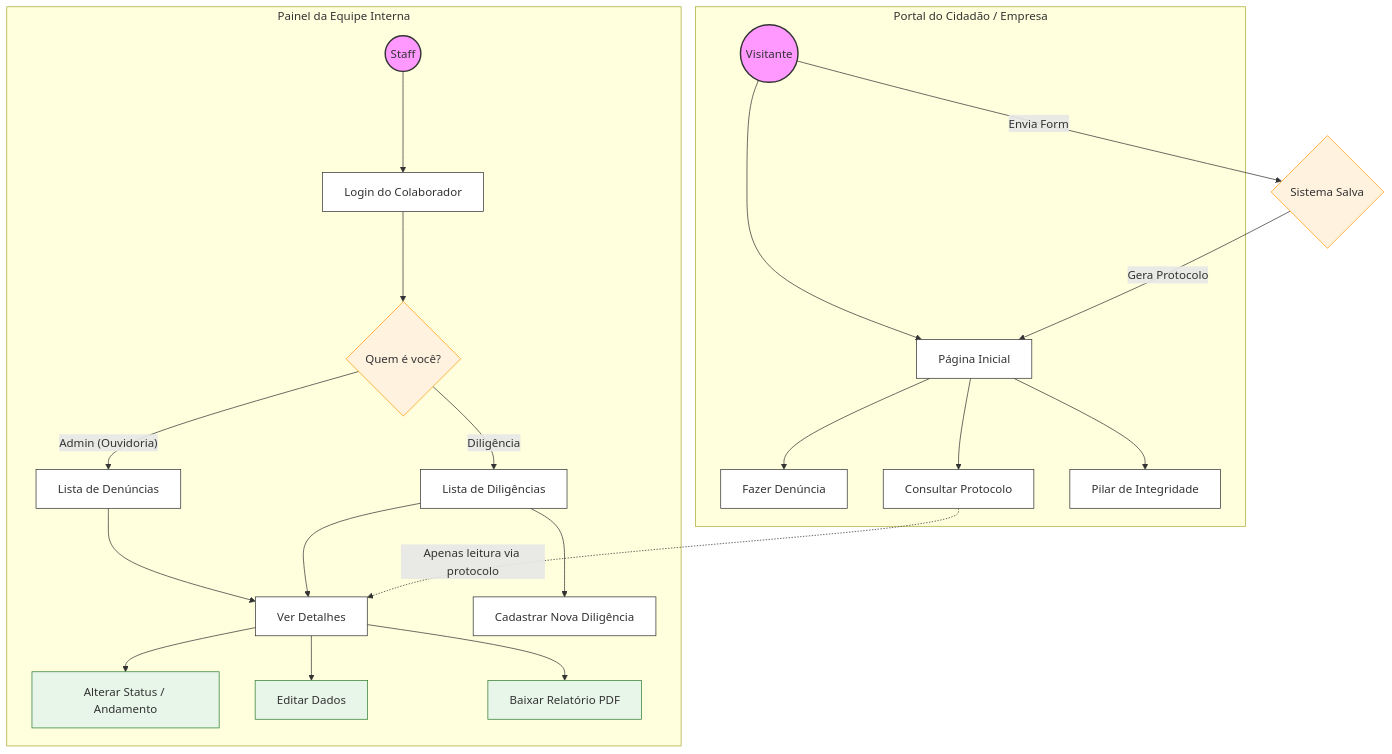
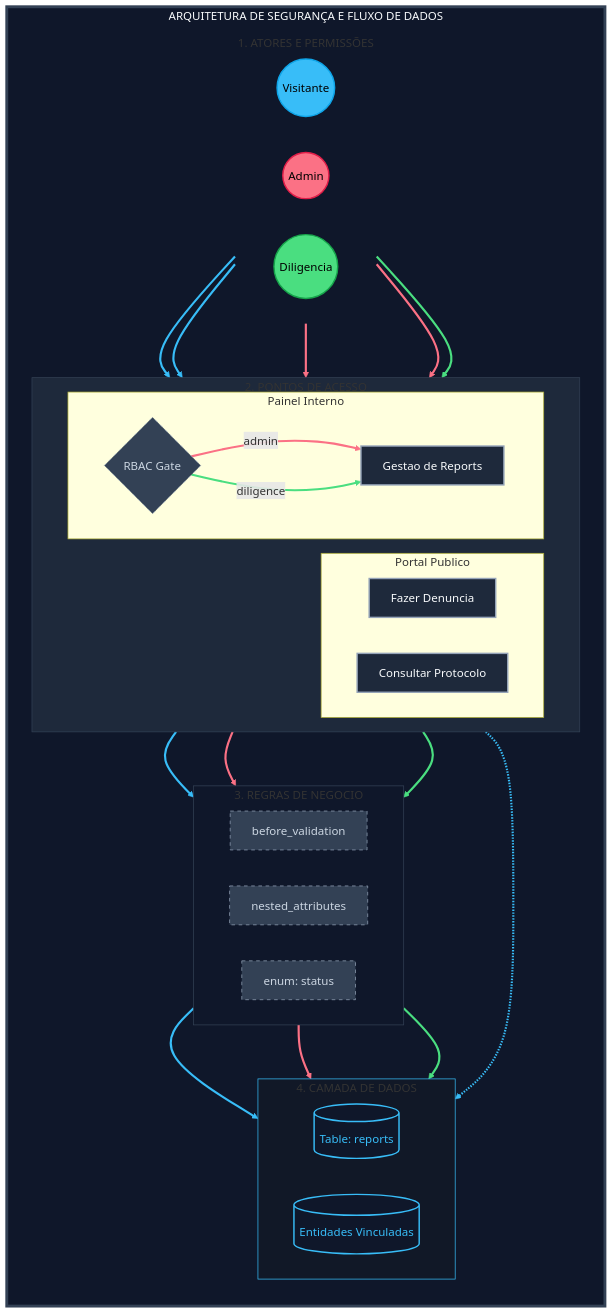
One commit to AugustoNP/whistleblowing_system changed the diagram in README.md. Above: the diagram before and after it, drawn with Mermaid.

Commit message:
docs: update logic flow diagrams

````diff
--- a/README.md
+++ b/README.md
@@ -68,43 +68,80 @@
 ```mermaid
 graph TD
-    %% Estilização para clareza
-    classDef actor fill:#f9f,stroke:#333,stroke-width:2px;
-    classDef page fill:#fff,stroke:#333,stroke-width:1px;
-    classDef logic fill:#fff3e0,stroke:#ff9800;
-    classDef action fill:#e8f5e9,stroke:#2e7d32;
+    %% Dark Mode High-Contrast Theme
+    classDef visitor fill:#38bdf8,stroke:#0ea5e9,color:#000,stroke-width:2px;
+    classDef admin fill:#fb7185,stroke:#e11d48,color:#000,stroke-width:2px;
+    classDef dilig fill:#4ade80,stroke:#16a34a,color:#000,stroke-width:2px;
+    classDef page fill:#1e293b,stroke:#94a3b8,stroke-width:2px,color:#f8fafc;
+    classDef logic fill:#334155,stroke:#94a3b8,stroke-dasharray: 5 5,color:#cbd5e1;
+    classDef db fill:#0f172a,stroke:#38bdf8,color:#38bdf8,stroke-width:2px;
 
-    %% Acesso Externo
-    subgraph Portal_Publico [Portal do Cidadão / Empresa]
-        User((Visitante)):::actor --> Root[Página Inicial]:::page
-        Root --> Whistle[Fazer Denúncia]:::page
-        Root --> Lookup[Consultar Protocolo]:::page
-        Root --> Integrity[Pilar de Integridade]:::page
+    subgraph Card [ARQUITETURA DE SEGURANÇA E FLUXO DE DADOS]
+        direction TB
+
+        subgraph Usuarios [1. ATORES E PERMISSÕES]
+            direction LR
+            V((Visitante)):::visitor
+            A((Admin)):::admin
+            D((Diligencia)):::dilig
+        end
+
+        subgraph Interfaces [2. PONTOS DE ACESSO]
+            direction LR
+            subgraph Portal [Portal Publico]
+                NewRelato[Fazer Denuncia]:::page
+                TrackRelato[Consultar Protocolo]:::page
+            end
+            subgraph Painel [Painel Interno]
+                Auth{RBAC Gate}:::logic
+                Dashboard[Gestao de Reports]:::page
+            end
+        end
+
+        subgraph Logica [3. REGRAS DE NEGOCIO]
+            direction LR
+            GenProto[before_validation]:::logic
+            NestedAttr[nested_attributes]:::logic
+            StatusEnum[enum: status]:::logic
+        end
+
+        subgraph Dados [4. CAMADA DE DADOS]
+            direction LR
+            TableReports[(Table: reports)]:::db
+            TableNested[(Entidades Vinculadas)]:::db
+        end
+
+        %% VISITOR (Blue)
+        V --> NewRelato
+        V --> TrackRelato
+        NewRelato --> GenProto
+        GenProto --> TableReports
+        TrackRelato -.-> TableReports
+
+        %% ADMIN (Pink)
+        A --> Auth
+        Auth -- "admin" --> Dashboard
+        Dashboard --> StatusEnum
+        StatusEnum --> TableReports
+        A --> NewRelato
+
+        %% DILIGENCE (Green)
+        D --> Auth
+        Auth -- "diligence" --> Dashboard
+        Dashboard --> NestedAttr
+        NestedAttr --> TableNested
     end
 
-    %% Camada de Proteção
-    User -- Envia Form --> SavePublic{Sistema Salva}:::logic
-    SavePublic -->|Gera Protocolo| Root
+    style Card fill:#0f172a,stroke:#334155,stroke-width:4px,color:#f8fafc
+    style Usuarios fill:none,stroke:none
+    style Interfaces fill:#1e293b,stroke:#334155
+    style Logica fill:#0f172a,stroke:#334155
+    style Dados fill:#111827,stroke:#38bdf8
 
-    %% Área Administrativa
-    subgraph Area_Restrita [Painel da Equipe Interna]
-        Staff((Staff)):::actor --> Login[Login do Colaborador]:::page
-        Login --> Auth{Quem é você?}:::logic
-
-        %% Caminhos de Visualização
-        Auth -- "Admin (Ouvidoria)" --> AdminIndex[Lista de Denúncias]:::page
-        Auth -- "Diligência" --> DilIndex[Lista de Diligências]:::page
-
-        %% Ações Comuns
-        AdminIndex --> Show[Ver Detalhes]:::page
-        DilIndex --> Show
-        DilIndex --> DilForm[Cadastrar Nova Diligência]:::page
-
-        %% Ferramentas de Gestão
-        Show --> Status[Alterar Status / Andamento]:::action
-        Show --> Edit[Editar Dados]:::action
-        Show --> PDF[Baixar Relatório PDF]:::action
-    end
-
-    %% Conexão de Segurança
-    Lookup -.->|Apenas leitura via protocolo| Show
+    %% --- Final Corrected Arrow Coloring ---
+    %% Visitor: Blue (Indices 0,1,2,3,4)
+    linkStyle 0,1,2,3,4 stroke:#38bdf8,stroke-width:3px
+    %% Admin: Pink (Indices 5,6,7,8,9)
+    linkStyle 5,6,7,8,9 stroke:#fb7185,stroke-width:3px
+    %% Diligence: Green (Indices 10,11,12,13)
+    linkStyle 10,11,12,13 stroke:#4ade80,stroke-width:3px
 ```
````
